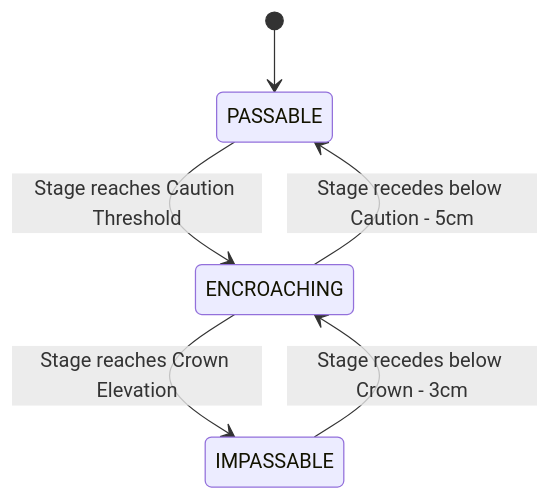
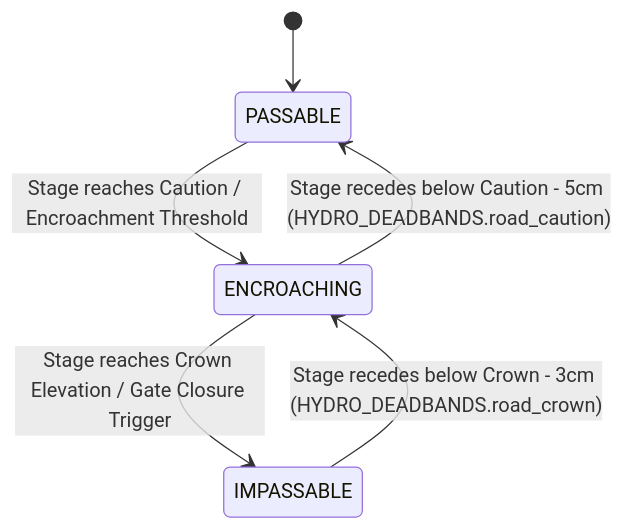
The diagram in docs/road_network_passability_spec.md (heretic098/flood-telemetry), drawn with Mermaid before and after one commit. The commit also changed other lines of this file and 14 other files, not shown here.

````diff
--- a/docs/road_network_passability_spec.md
+++ b/docs/road_network_passability_spec.md
@@ -70,8 +250,8 @@
 ```mermaid
 stateDiagram-v2
     [*] --> PASSABLE
-    PASSABLE --> ENCROACHING: Stage reaches Caution Threshold
-    ENCROACHING --> IMPASSABLE: Stage reaches Crown Elevation
-    IMPASSABLE --> ENCROACHING: Stage recedes below Crown - 3cm
-    ENCROACHING --> PASSABLE: Stage recedes below Caution - 5cm
+    PASSABLE --> ENCROACHING: Stage reaches Caution / Encroachment Threshold
+    ENCROACHING --> IMPASSABLE: Stage reaches Crown Elevation / Gate Closure Trigger
+    IMPASSABLE --> ENCROACHING: Stage recedes below Crown - 3cm (HYDRO_DEADBANDS.road_crown)
+    ENCROACHING --> PASSABLE: Stage recedes below Caution - 5cm (HYDRO_DEADBANDS.road_caution)
 ```
````
